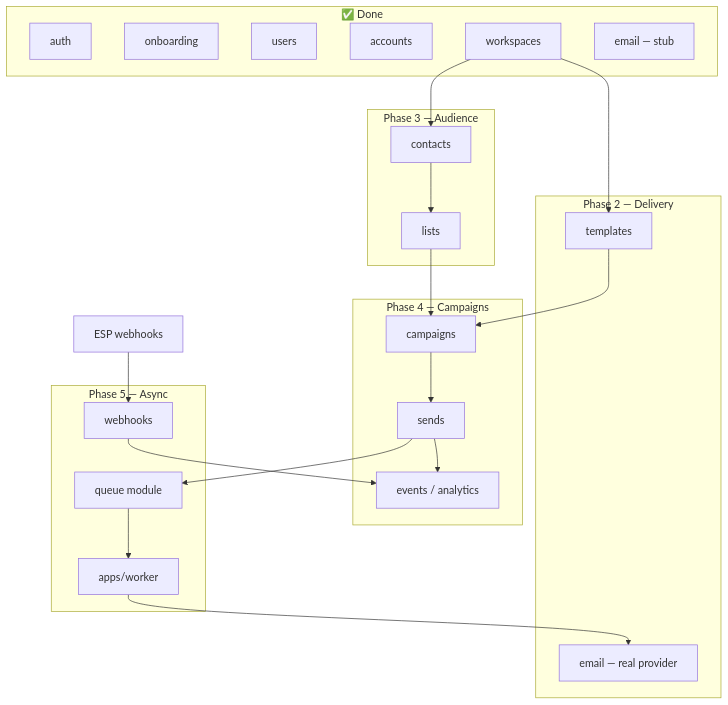
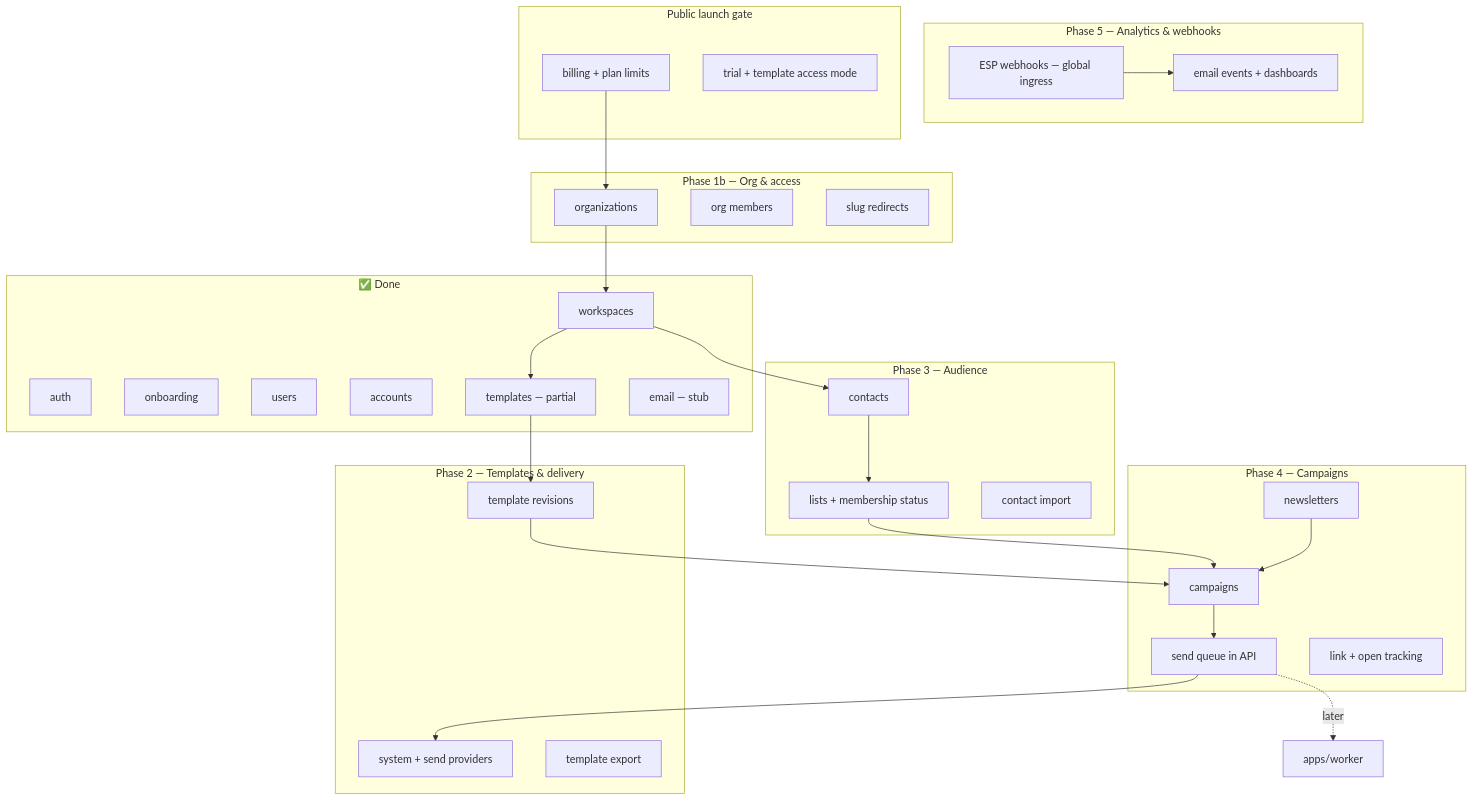
One commit to bohdanchornopolskyi/impact-inbox changed the ninth of 10 diagrams in docs/architecture-roadmap.md. Above: the diagram before and after it, drawn with Mermaid. The commit also changed other lines of this file and 7 other files, not shown here.

First line of the commit message:
refactor(docs): update architecture and context documentation for organization and workspace model

````diff
--- a/docs/architecture-roadmap.md
+++ b/docs/architecture-roadmap.md
@@ -345,40 +422,56 @@
 ```mermaid
 flowchart TB
   subgraph done["✅ Done"]
     AUTH[auth]
     ONB[onboarding]
     USR[users]
     ACC[accounts]
     WS[workspaces]
+    TPL[templates — partial]
     EMAIL_STUB[email — stub]
   end
 
-  subgraph phase2["Phase 2 — Delivery"]
-    EMAIL[email — real provider]
-    TPL[templates]
+  subgraph phase1b["Phase 1b — Org & access"]
+    ORG[organizations]
+    ORG_MEM[org members]
+    SLUG_R[slug redirects]
+  end
+
+  subgraph phase2["Phase 2 — Templates & delivery"]
+    TPL_REV[template revisions]
+    EMAIL[system + send providers]
+    EXPORT[template export]
   end
 
   subgraph phase3["Phase 3 — Audience"]
     CON[contacts]
-    LST[lists]
+    LST[lists + membership status]
+    IMP[contact import]
   end
 
   subgraph phase4["Phase 4 — Campaigns"]
+    NL[newsletters]
     CMP[campaigns]
-    SND[sends]
-    EVT[events / analytics]
+    QUEUE[send queue in API]
+    TRACK[link + open tracking]
   end
 
-  subgraph phase5["Phase 5 — Async"]
-    QUEUE[queue module]
-    WORKER[apps/worker]
-    WH[webhooks]
+  subgraph phase5["Phase 5 — Analytics & webhooks"]
+    WH[ESP webhooks — global ingress]
+    EVT[email events + dashboards]
   end
 
-  WS --> TPL --> CMP
+  subgraph launch["Public launch gate"]
+    BILL[billing + plan limits]
+    TRIAL[trial + template access mode]
+  end
+
+  ORG --> WS
+  WS --> TPL --> TPL_REV --> CMP
   WS --> CON --> LST --> CMP
-  CMP --> SND --> EVT
-  SND --> QUEUE --> WORKER
-  WORKER --> EMAIL
-  ESP[ESP webhooks] --> WH --> EVT
+  NL --> CMP
+  CMP --> QUEUE --> EMAIL
+  WH --> EVT
+  BILL --> ORG
+  QUEUE -.->|"later"| WORKER[apps/worker]
 ```
````
